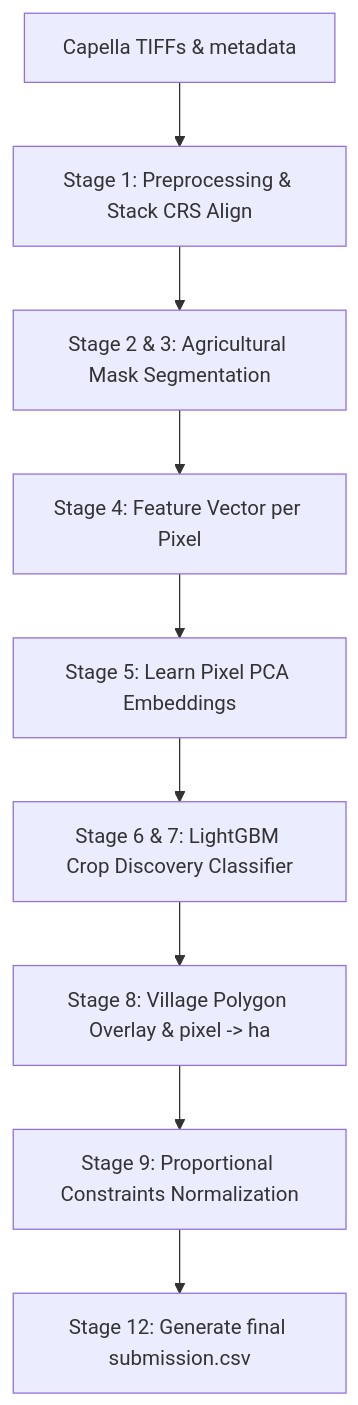
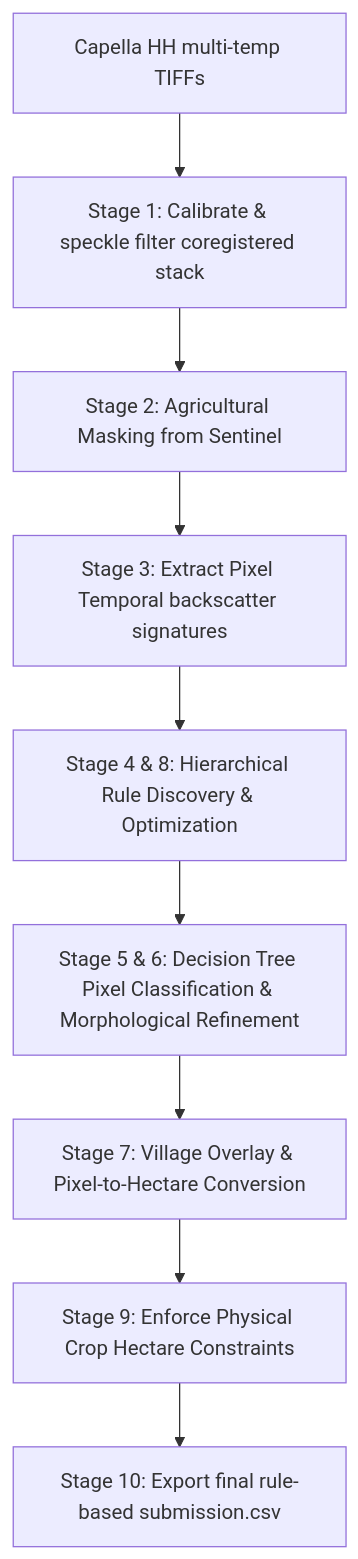
Before and after one commit to ByteLounge/sar-crop-intelligence: the diagram in project/outputs/pipeline_diagram.md, drawn with Mermaid. The commit also changed other lines of this file and 7 other files, not shown here.

Commit message:
Redesign pipeline around rule-based classical remote sensing pixel crop mapping

````diff
--- a/project/outputs/pipeline_diagram.md
+++ b/project/outputs/pipeline_diagram.md
@@ -2,11 +2,11 @@
 ```mermaid
 graph TD
-    A[Capella TIFFs & metadata] --> B[Stage 1: Preprocessing & Stack CRS Align]
-    B --> C[Stage 2 & 3: Agricultural Mask Segmentation]
-    C --> D[Stage 4: Feature Vector per Pixel]
-    D --> E[Stage 5: Learn Pixel PCA Embeddings]
-    E --> F[Stage 6 & 7: LightGBM Crop Discovery Classifier]
-    F --> G[Stage 8: Village Polygon Overlay & pixel -> ha]
-    G --> H[Stage 9: Proportional Constraints Normalization]
-    H --> I[Stage 12: Generate final submission.csv]
+    A[Capella HH multi-temp TIFFs] --> B[Stage 1: Calibrate & speckle filter coregistered stack]
+    B --> C[Stage 2: Agricultural Masking from Sentinel]
+    C --> D[Stage 3: Extract Pixel Temporal backscatter signatures]
+    D --> E[Stage 4 & 8: Hierarchical Rule Discovery & Optimization]
+    E --> F[Stage 5 & 6: Decision Tree Pixel Classification & Morphological Refinement]
+    F --> G[Stage 7: Village Overlay & Pixel-to-Hectare Conversion]
+    G --> H[Stage 9: Enforce Physical Crop Hectare Constraints]
+    H --> I[Stage 10: Export final rule-based submission.csv]
 ```
````
